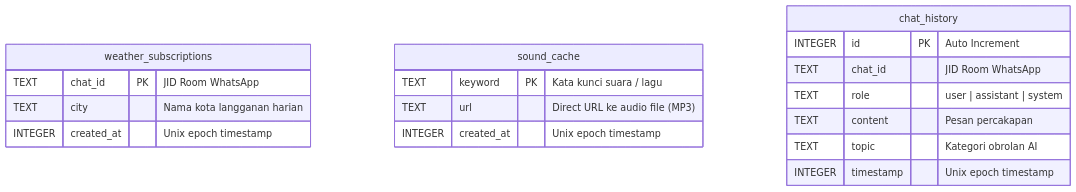
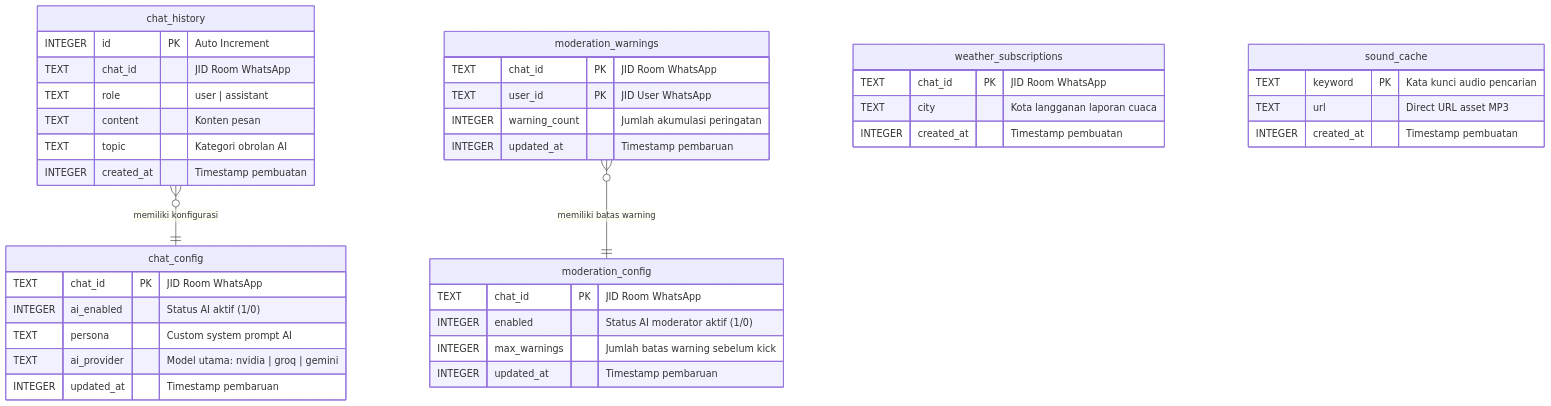
One commit to ronnanakibu/Whatsapp-Bots changed the third of 4 diagrams in architecture.md. Above: the diagram before and after it, drawn with Mermaid. The commit also changed other lines of this file, not shown here.

````diff
--- a/architecture.md
+++ b/architecture.md
@@ -112,23 +164,48 @@
 ```mermaid
 erDiagram
-    weather_subscriptions {
+    chat_config {
         TEXT chat_id PK "JID Room WhatsApp"
-        TEXT city "Nama kota langganan harian"
-        INTEGER created_at "Unix epoch timestamp"
-    }
-
-    sound_cache {
-        TEXT keyword PK "Kata kunci suara / lagu"
-        TEXT url "Direct URL ke audio file (MP3)"
-        INTEGER created_at "Unix epoch timestamp"
+        INTEGER ai_enabled "Status AI aktif (1/0)"
+        TEXT persona "Custom system prompt AI"
+        TEXT ai_provider "Model utama: nvidia | groq | gemini"
+        INTEGER updated_at "Timestamp pembaruan"
     }
 
     chat_history {
         INTEGER id PK "Auto Increment"
         TEXT chat_id "JID Room WhatsApp"
-        TEXT role "user | assistant | system"
-        TEXT content "Pesan percakapan"
+        TEXT role "user | assistant"
+        TEXT content "Konten pesan"
         TEXT topic "Kategori obrolan AI"
-        INTEGER timestamp "Unix epoch timestamp"
+        INTEGER created_at "Timestamp pembuatan"
     }
+
+    moderation_config {
+        TEXT chat_id PK "JID Room WhatsApp"
+        INTEGER enabled "Status AI moderator aktif (1/0)"
+        INTEGER max_warnings "Jumlah batas warning sebelum kick"
+        INTEGER updated_at "Timestamp pembaruan"
+    }
+
+    moderation_warnings {
+        TEXT chat_id PK "JID Room WhatsApp"
+        TEXT user_id PK "JID User WhatsApp"
+        INTEGER warning_count "Jumlah akumulasi peringatan"
+        INTEGER updated_at "Timestamp pembaruan"
+    }
+
+    weather_subscriptions {
+        TEXT chat_id PK "JID Room WhatsApp"
+        TEXT city "Kota langganan laporan cuaca"
+        INTEGER created_at "Timestamp pembuatan"
+    }
+
+    sound_cache {
+        TEXT keyword PK "Kata kunci audio pencarian"
+        TEXT url "Direct URL asset MP3"
+        INTEGER created_at "Timestamp pembuatan"
+    }
+
+    chat_history }o--|| chat_config : "memiliki konfigurasi"
+    moderation_warnings }o--|| moderation_config : "memiliki batas warning"
 ```
````
